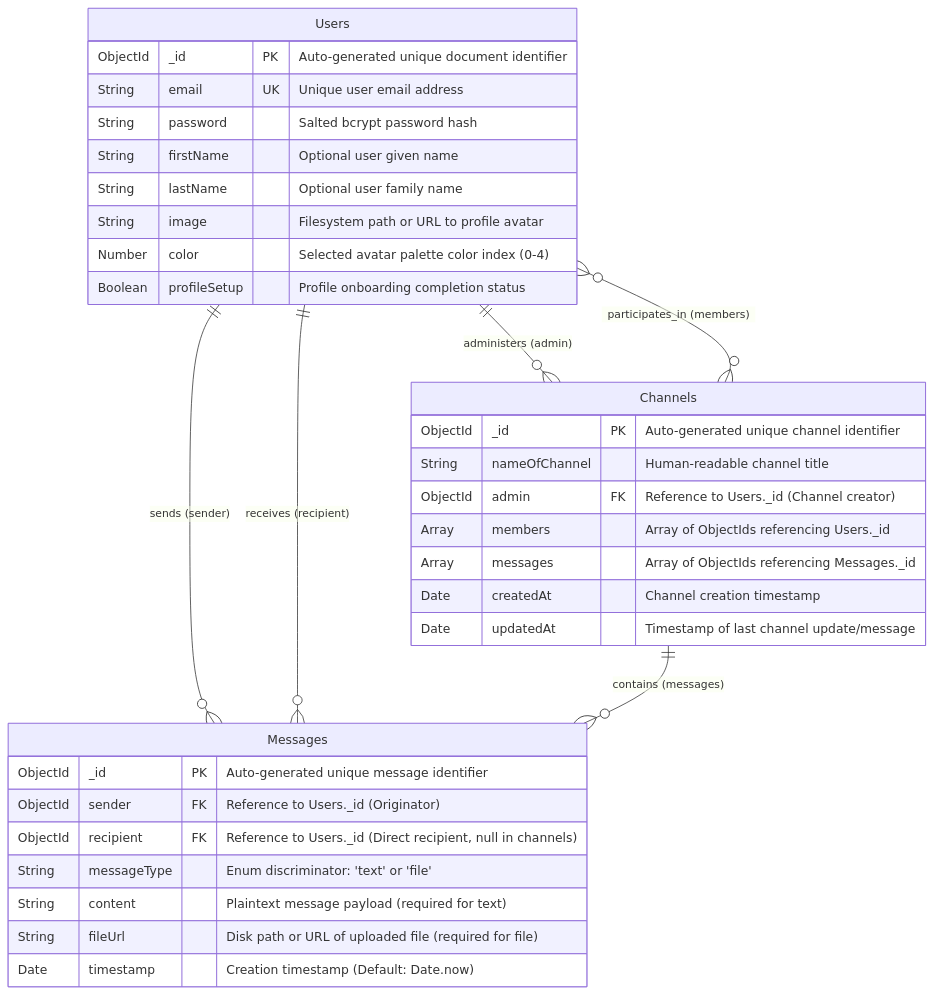
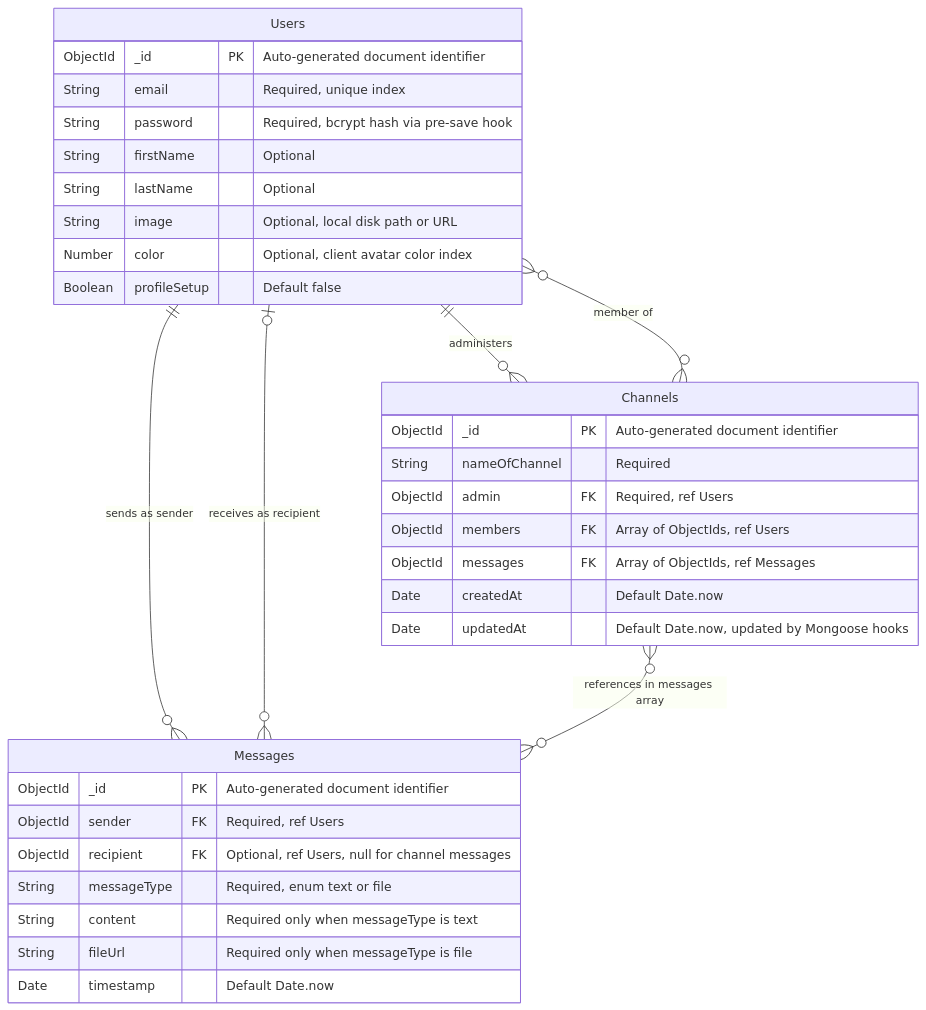
The diagram in docs/4-schema.md (rishab2211/ChatX), drawn with Mermaid before and after one commit. The commit also changed other lines of this file and 5 other files, not shown here.

Commit message:
docs: update technical documentation across architecture, decisions, schemas, and API specs

````diff
--- a/docs/4-schema.md
+++ b/docs/4-schema.md
@@ -7,39 +9,39 @@
 ```mermaid
 erDiagram
-    Users ||--o{ Messages : "sends (sender)"
-    Users ||--o{ Messages : "receives (recipient)"
-    Users ||--o{ Channels : "administers (admin)"
-    Users }o--o{ Channels : "participates_in (members)"
-    Channels ||--o{ Messages : "contains (messages)"
+    Users ||--o{ Messages : "sends as sender"
+    Users |o--o{ Messages : "receives as recipient"
+    Users ||--o{ Channels : "administers"
+    Users }o--o{ Channels : "member of"
+    Channels }o--o{ Messages : "references in messages array"
 
     Users {
-        ObjectId _id PK "Auto-generated unique document identifier"
-        String email UK "Unique user email address"
-        String password "Salted bcrypt password hash"
-        String firstName "Optional user given name"
-        String lastName "Optional user family name"
-        String image "Filesystem path or URL to profile avatar"
-        Number color "Selected avatar palette color index (0-4)"
-        Boolean profileSetup "Profile onboarding completion status"
+        ObjectId _id PK "Auto-generated document identifier"
+        String email "Required, unique index"
+        String password "Required, bcrypt hash via pre-save hook"
+        String firstName "Optional"
+        String lastName "Optional"
+        String image "Optional, local disk path or URL"
+        Number color "Optional, client avatar color index"
+        Boolean profileSetup "Default false"
     }
 
     Messages {
-        ObjectId _id PK "Auto-generated unique message identifier"
-        ObjectId sender FK "Reference to Users._id (Originator)"
-        ObjectId recipient FK "Reference to Users._id (Direct recipient, null in channels)"
-        String messageType "Enum discriminator: 'text' or 'file'"
-        String content "Plaintext message payload (required for text)"
-        String fileUrl "Disk path or URL of uploaded file (required for file)"
-        Date timestamp "Creation timestamp (Default: Date.now)"
+        ObjectId _id PK "Auto-generated document identifier"
+        ObjectId sender FK "Required, ref Users"
+        ObjectId recipient FK "Optional, ref Users, null for channel messages"
+        String messageType "Required, enum text or file"
+        String content "Required only when messageType is text"
+        String fileUrl "Required only when messageType is file"
+        Date timestamp "Default Date.now"
     }
 
     Channels {
-        ObjectId _id PK "Auto-generated unique channel identifier"
-        String nameOfChannel "Human-readable channel title"
-        ObjectId admin FK "Reference to Users._id (Channel creator)"
-        Array members "Array of ObjectIds referencing Users._id"
-        Array messages "Array of ObjectIds referencing Messages._id"
-        Date createdAt "Channel creation timestamp"
-        Date updatedAt "Timestamp of last channel update/message"
+        ObjectId _id PK "Auto-generated document identifier"
+        String nameOfChannel "Required"
+        ObjectId admin FK "Required, ref Users"
+        ObjectId members FK "Array of ObjectIds, ref Users"
+        ObjectId messages FK "Array of ObjectIds, ref Messages"
+        Date createdAt "Default Date.now"
+        Date updatedAt "Default Date.now, updated by Mongoose hooks"
     }
 ```
````
